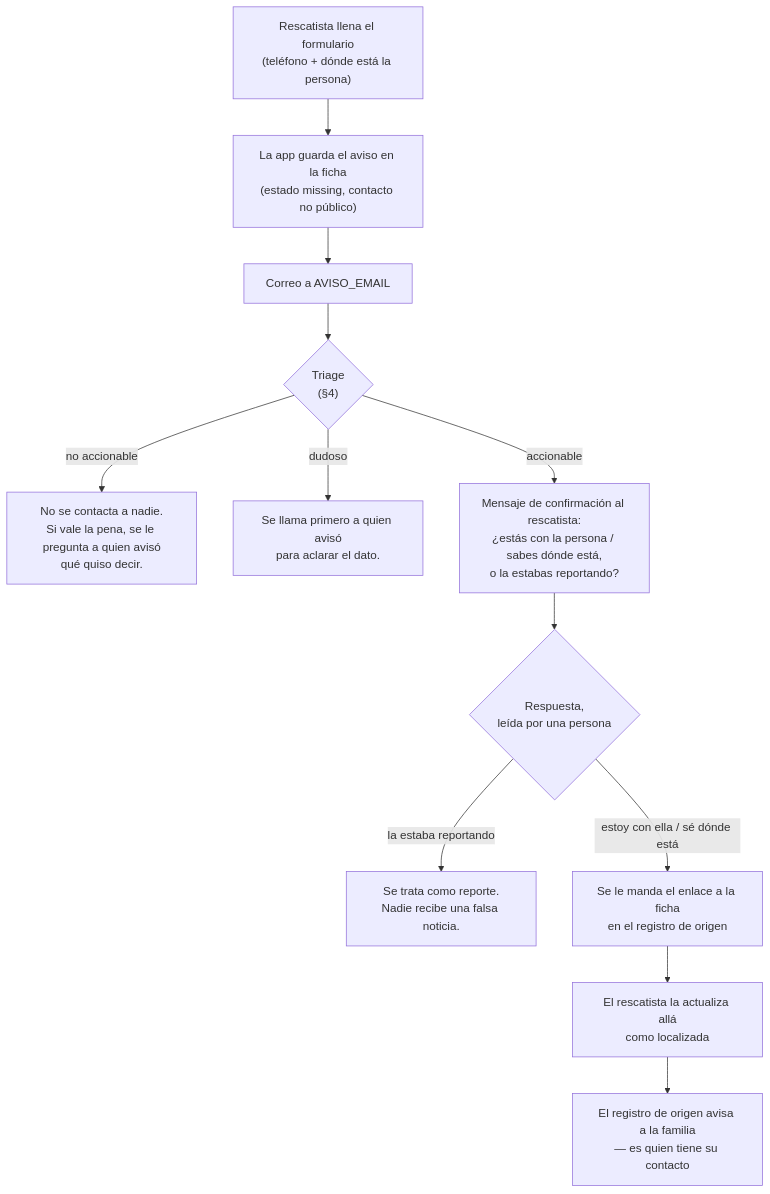
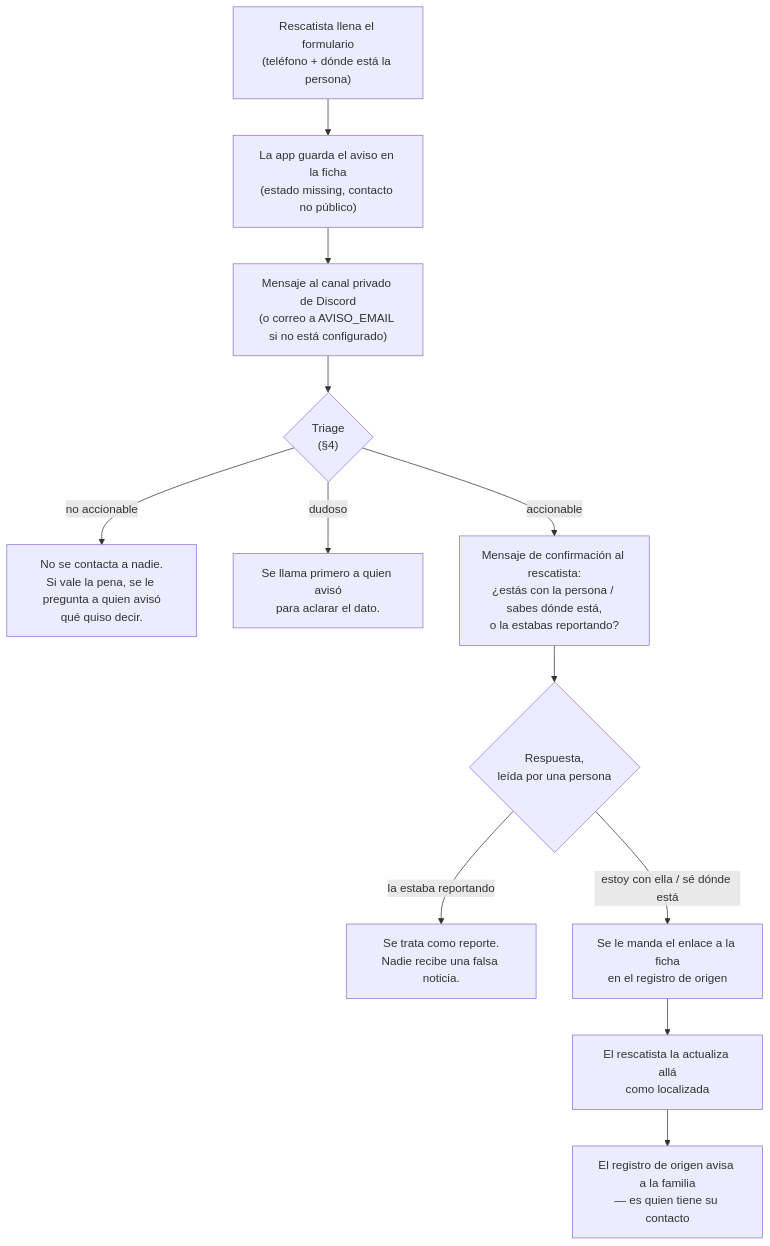
One commit to encontradosco/encontrados changed the diagram in docs/avisos-de-rescatista.md. Above: the diagram before and after it, drawn with Mermaid. The commit also changed other lines of this file and 14 other files, not shown here.

````diff
--- a/docs/avisos-de-rescatista.md
+++ b/docs/avisos-de-rescatista.md
@@ -89,14 +110,14 @@
 ```mermaid
 flowchart TD
     A["Rescatista llena el formulario<br/>(teléfono + dónde está la persona)"] --> B["La app guarda el aviso en la ficha<br/>(estado missing, contacto no público)"]
-    B --> C["Correo a AVISO_EMAIL"]
+    B --> C["Mensaje al canal privado de Discord<br/>(o correo a AVISO_EMAIL si no está configurado)"]
     C --> D{"Triage<br/>(§4)"}
     D -->|no accionable| E["No se contacta a nadie.<br/>Si vale la pena, se le pregunta a quien avisó<br/>qué quiso decir."]
     D -->|dudoso| F["Se llama primero a quien avisó<br/>para aclarar el dato."]
     D -->|accionable| G["Mensaje de confirmación al rescatista:<br/>¿estás con la persona / sabes dónde está,<br/>o la estabas reportando?"]
     G --> H{"Respuesta,<br/>leída por una persona"}
     H -->|"la estaba reportando"| I["Se trata como reporte.<br/>Nadie recibe una falsa noticia."]
     H -->|"estoy con ella / sé dónde está"| J["Se le manda el enlace a la ficha<br/>en el registro de origen"]
     J --> K["El rescatista la actualiza allá<br/>como localizada"]
     K --> L["El registro de origen avisa a la familia<br/>— es quien tiene su contacto"]
 ```
````
